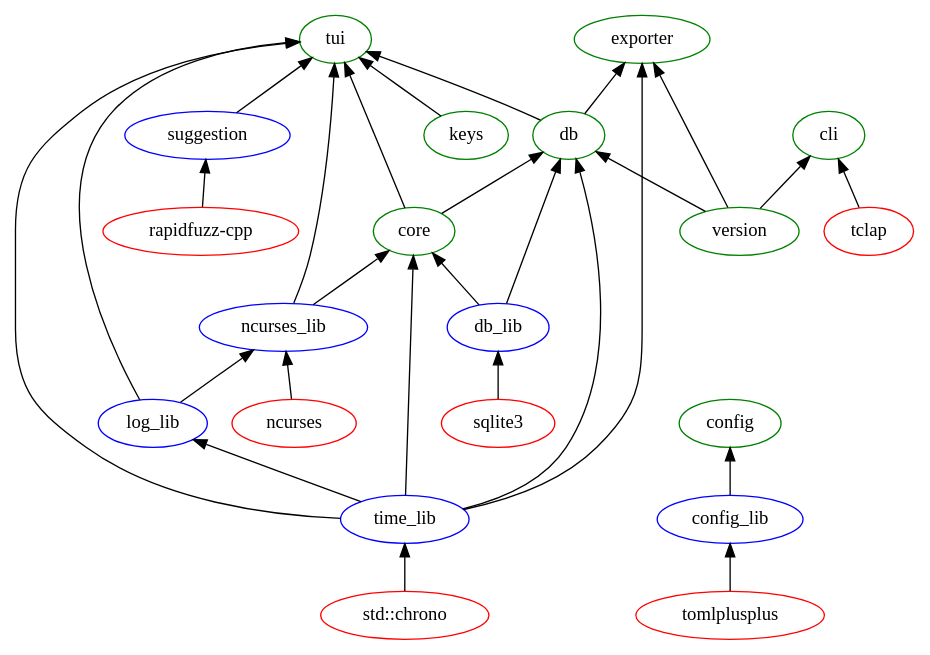
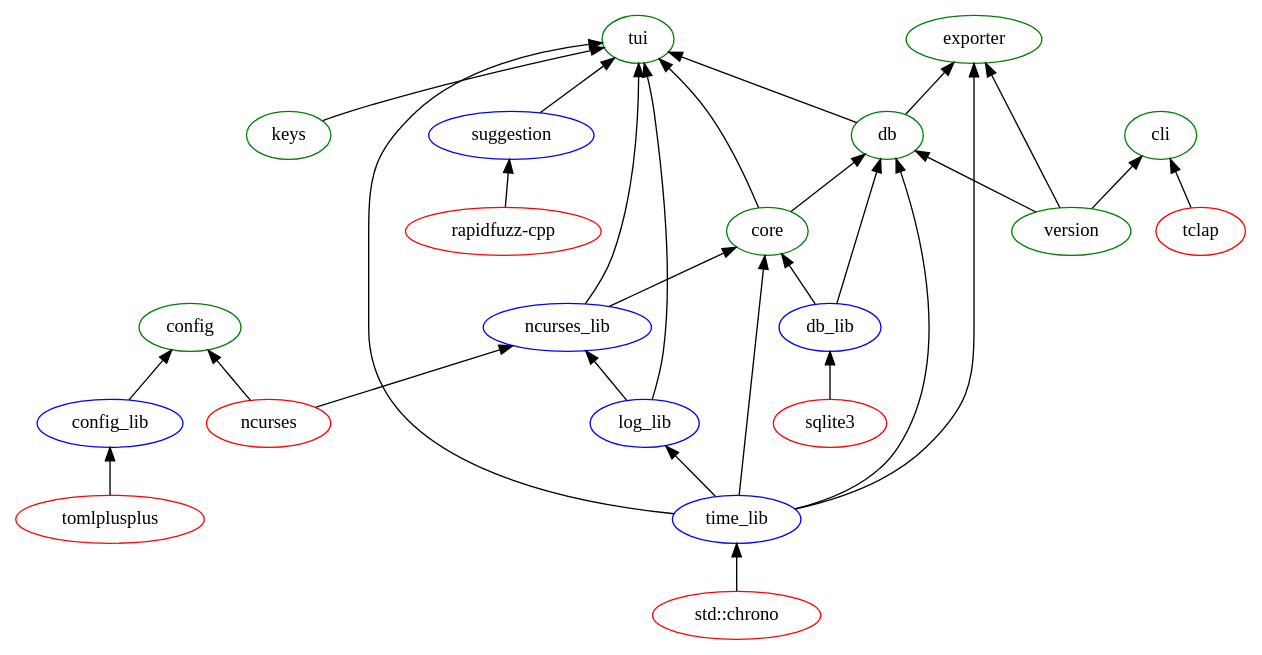
One commit to thomashoullier/timesheeting changed the diagram in doc/srd/images/modules_include/modules.gv. Above: the diagram before and after it, drawn with Graphviz. The commit also changed 6 other files, not shown here.

```diff
--- a/doc/srd/images/modules_include/modules.gv
+++ b/doc/srd/images/modules_include/modules.gv
@@ -1,38 +1,38 @@
 digraph modules {
     rankdir="BT"
     ncurses [label="ncurses", color="red"]
     sqlite [label="sqlite3", color="red"]
     tomlplusplus [label="tomlplusplus", color="red"]
     rapidfuzz [label="rapidfuzz-cpp", color="red"]
     chrono [label="std::chrono", color="red"]
     tclap [label="tclap", color="red"]
     time_lib [label="time_lib", color="blue"]
     log_lib [label="log_lib", color="blue"]
     db_lib [label="db_lib", color="blue"]
     ncurses_lib [label="ncurses_lib", color="blue"]
     suggestion [label="suggestion", color="blue"]
     config_lib [label="config_lib", color="blue"]
     version [label="version", color="green"]
     keys [label="keys", color="green"]
     core [label="core", color="green"]
     db [label="db", color="green"]
     config [label="config", color="green"]
     exporter [label="exporter", color="green"]
     cli [label="cli", color="green"]
     tui [label="tui", color="green"]
     //main [label="main"]
   
     chrono -> time_lib
     time_lib -> log_lib
     sqlite -> db_lib
     {log_lib, ncurses} -> ncurses_lib
     rapidfuzz -> suggestion
     {time_lib, ncurses_lib, db_lib} -> core
     {version, db_lib, time_lib, core} -> db
     tomlplusplus -> config_lib
-    config_lib -> config
+    {config_lib, ncurses} -> config
     {time_lib, db, version} -> exporter
     {version, tclap} -> cli
     {ncurses_lib, core, suggestion, time_lib, log_lib, keys, db} -> tui
     //{keys, cli, exporter, db, time_lib, log_lib, config, version, tui} -> main
 }
```
